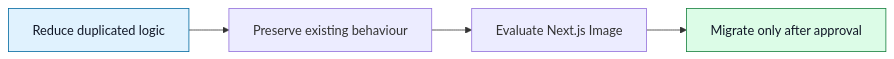
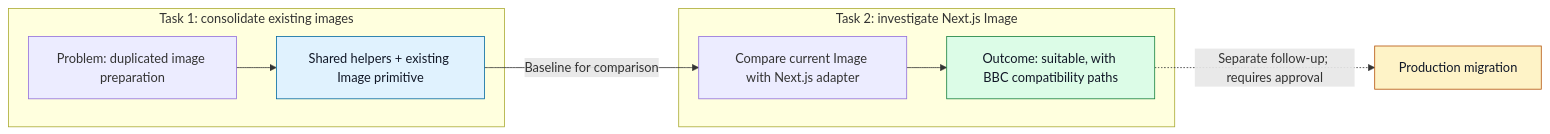
One commit to bbc/simorgh changed the first of 9 diagrams in ws-nextjs-app/Image-Platform-Presentation.md. Above: the diagram before and after it, drawn with Mermaid. The commit also changed other lines of this file, not shown here.

Commit message:
presentation

````diff
--- a/ws-nextjs-app/Image-Platform-Presentation.md
+++ b/ws-nextjs-app/Image-Platform-Presentation.md
@@ -17,8 +17,14 @@
 ```mermaid
 flowchart LR
-    A["Reduce duplicated logic"] --> B["Preserve existing behaviour"]
-    B --> C["Evaluate Next.js Image"]
-    C --> D["Migrate only after approval"]
-    style A fill:#e0f2fe,stroke:#0369a1,color:#111827
+    subgraph Task1["Task 1: consolidate existing images"]
+        A["Problem: duplicated image preparation"] --> B["Shared helpers + existing Image primitive"]
+    end
+    B -->|"Baseline for comparison"| C
+    subgraph Task2["Task 2: investigate Next.js Image"]
+        C["Compare current Image with Next.js adapter"] --> D["Outcome: suitable, with BBC compatibility paths"]
+    end
+    D -. "Separate follow-up; requires approval" .-> E["Production migration"]
+    style B fill:#e0f2fe,stroke:#0369a1,color:#111827
     style D fill:#dcfce7,stroke:#15803d,color:#111827
+    style E fill:#fef3c7,stroke:#b45309,color:#111827
 ```
````
